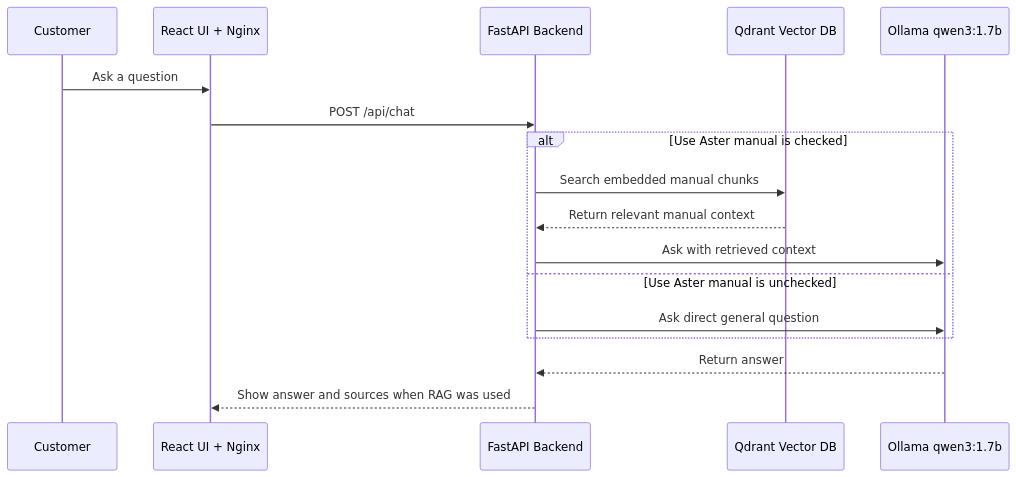
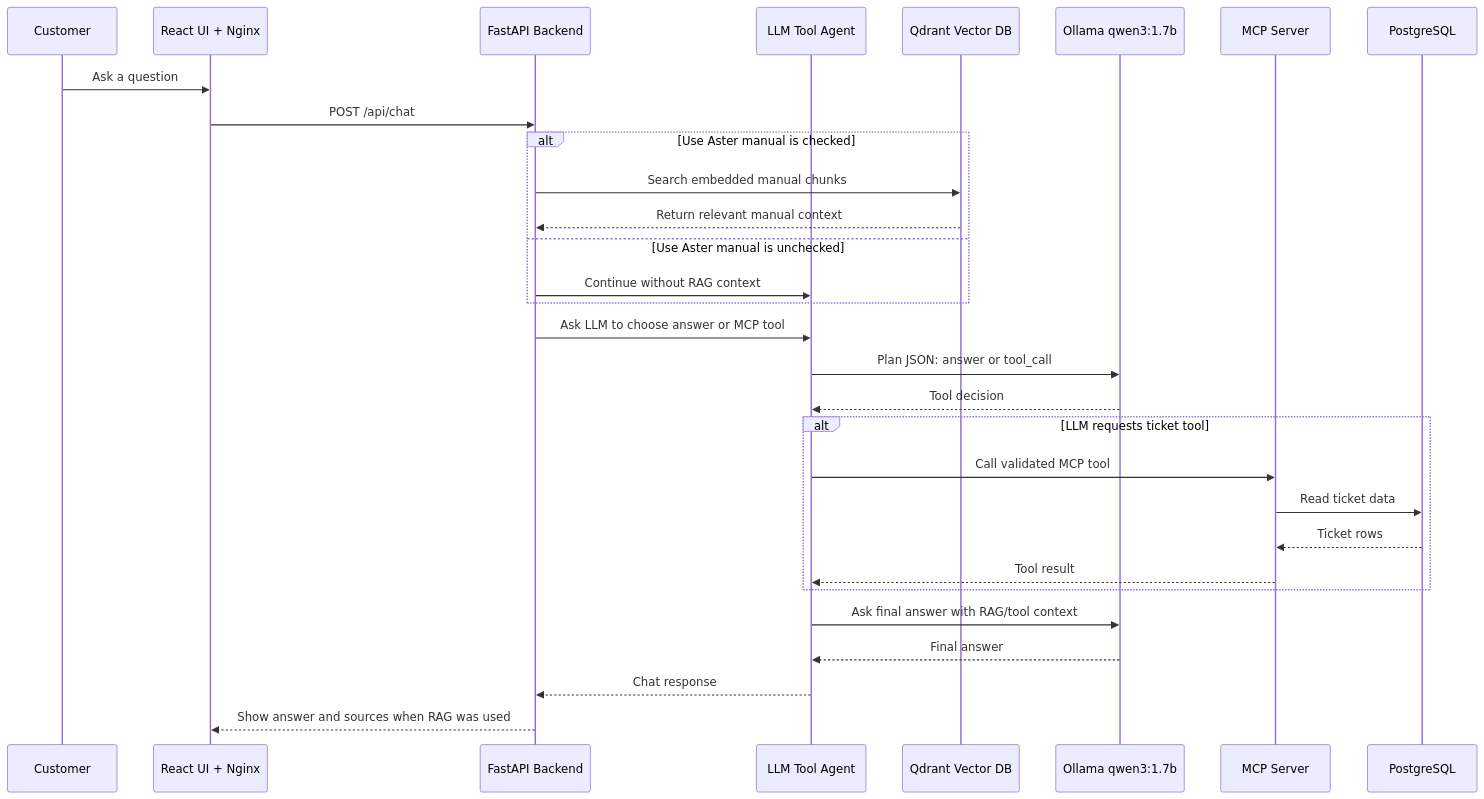
Before and after one commit to MostafaShehata/aster-pump: the second of 5 diagrams in README.md, drawn with Mermaid. The commit also changed other lines of this file and 10 other files, not shown here.

Commit message:
Add LLM MCP tool-agent chat

````diff
--- a/README.md
+++ b/README.md
@@ -111,20 +114,33 @@
 ```mermaid
 sequenceDiagram
     participant User as Customer
     participant UI as React UI + Nginx
     participant API as FastAPI Backend
+    participant Agent as LLM Tool Agent
     participant RAG as Qdrant Vector DB
     participant Model as Ollama qwen3:1.7b
+    participant MCP as MCP Server
+    participant DB as PostgreSQL
 
     User->>UI: Ask a question
     UI->>API: POST /api/chat
     alt Use Aster manual is checked
         API->>RAG: Search embedded manual chunks
         RAG-->>API: Return relevant manual context
-        API->>Model: Ask with retrieved context
     else Use Aster manual is unchecked
-        API->>Model: Ask direct general question
+        API->>Agent: Continue without RAG context
     end
-    Model-->>API: Return answer
+    API->>Agent: Ask LLM to choose answer or MCP tool
+    Agent->>Model: Plan JSON: answer or tool_call
+    Model-->>Agent: Tool decision
+    alt LLM requests ticket tool
+        Agent->>MCP: Call validated MCP tool
+        MCP->>DB: Read ticket data
+        DB-->>MCP: Ticket rows
+        MCP-->>Agent: Tool result
+    end
+    Agent->>Model: Ask final answer with RAG/tool context
+    Model-->>Agent: Final answer
+    Agent-->>API: Chat response
     API-->>UI: Show answer and sources when RAG was used
 ```
````
